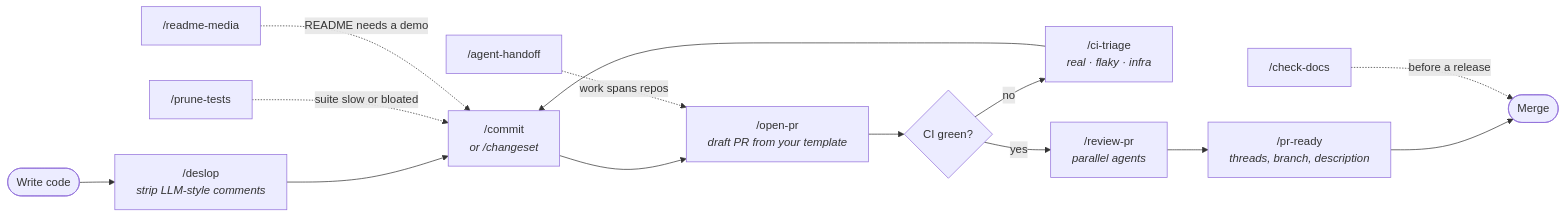
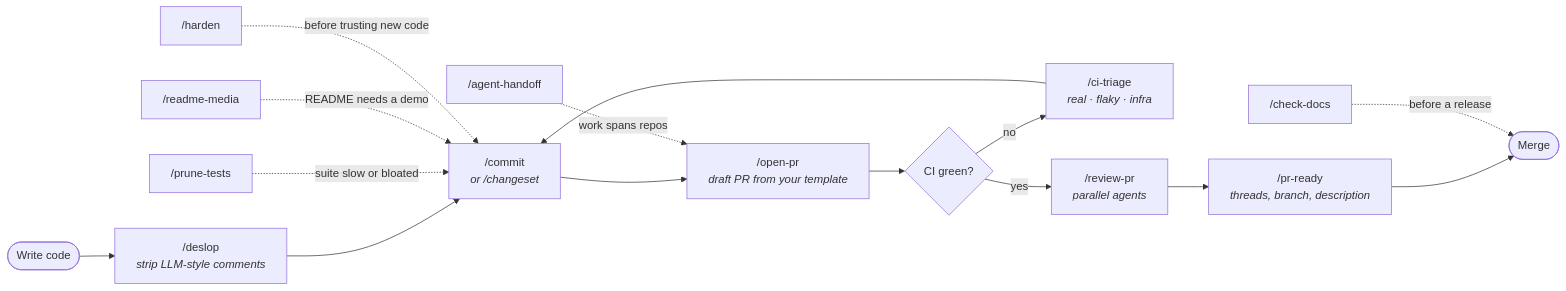
Before and after one commit to jmlweb/skills-monorepo: the diagram in plugins/dev-workflow/README.md, drawn with Mermaid. The commit also changed other lines of this file and 15 other files, not shown here.

````diff
--- a/plugins/dev-workflow/README.md
+++ b/plugins/dev-workflow/README.md
@@ -18,16 +18,17 @@
 ```mermaid
 flowchart LR
     W([Write code]) --> DS["/deslop<br/><i>strip LLM-style comments</i>"]
     DS --> CM["/commit<br/><i>or /changeset</i>"]
     CM --> OP["/open-pr<br/><i>draft PR from your template</i>"]
     OP --> CI{CI green?}
     CI -- "no" --> TR["/ci-triage<br/><i>real · flaky · infra</i>"]
     TR --> CM
     CI -- "yes" --> RV["/review-pr<br/><i>parallel agents</i>"]
     RV --> PR["/pr-ready<br/><i>threads, branch, description</i>"]
     PR --> M([Merge])
     DOC["/check-docs"] -. "before a release" .-> M
     HO["/agent-handoff"] -. "work spans repos" .-> OP
     PT["/prune-tests"] -. "suite slow or bloated" .-> CM
     RM["/readme-media"] -. "README needs a demo" .-> CM
+    HD["/harden"] -. "before trusting new code" .-> CM
 ```
````
